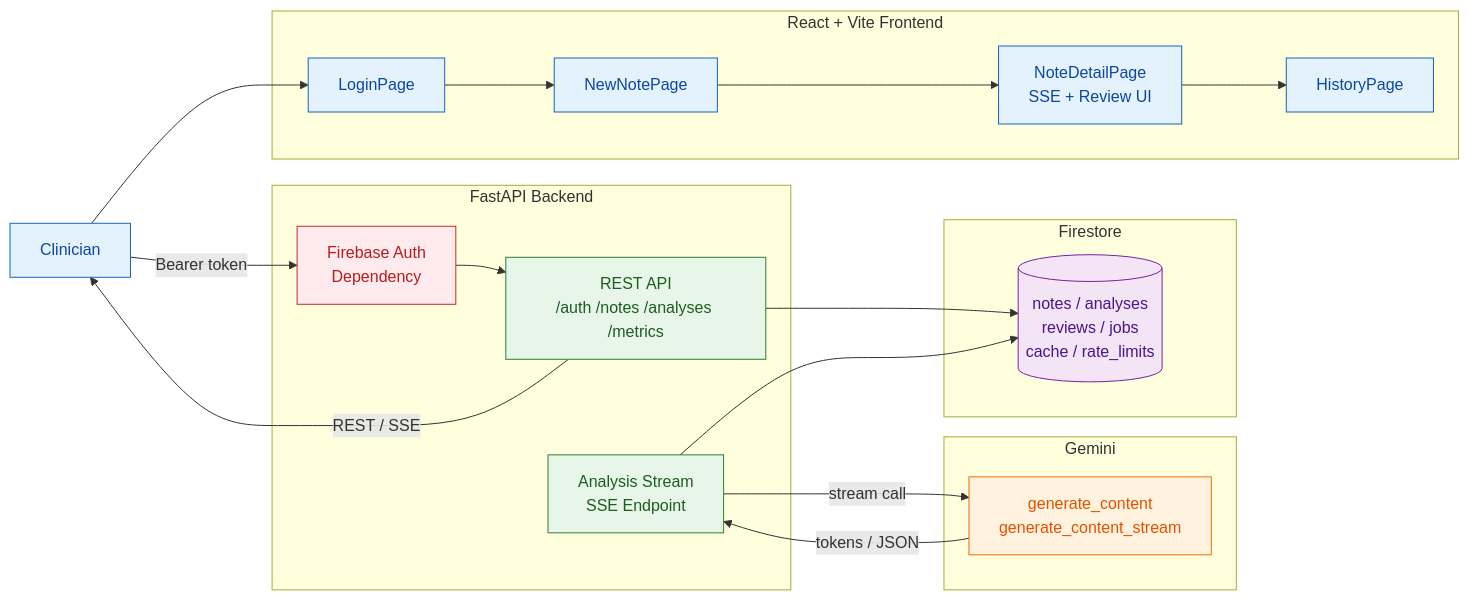
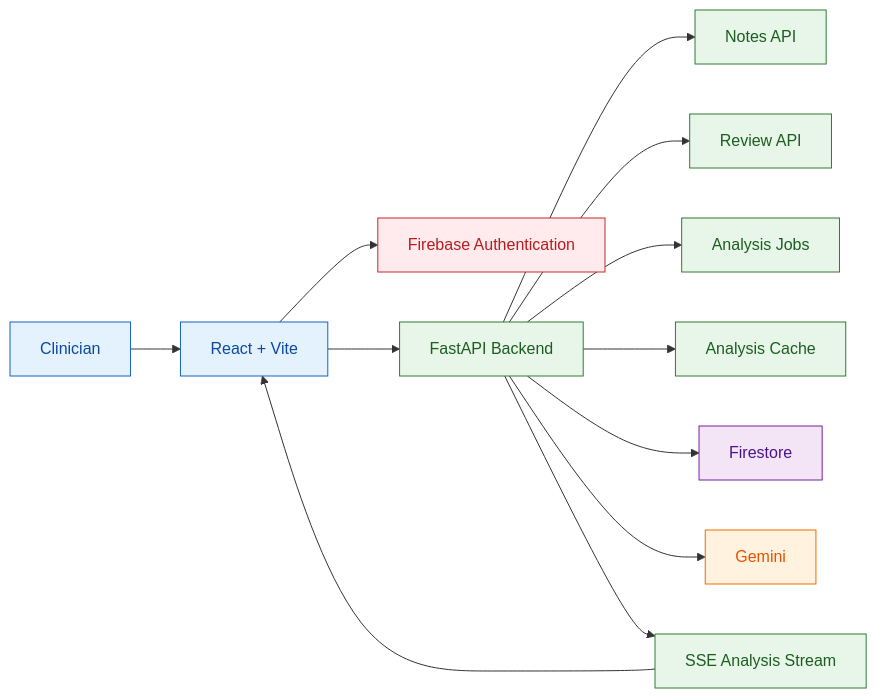
The first of 3 diagrams in README.md (ishreya-dev/NoteInsight), drawn with Mermaid before and after one commit. The commit also changed 4 other files, not shown here.

Commit message:
Fix CI dependencies and README diagrams

````diff
--- a/README.md
+++ b/README.md
@@ -36,47 +36,32 @@
 ```mermaid
 flowchart LR
     classDef frontend fill:#e3f2fd,stroke:#1565c0,color:#0d47a1
     classDef backend fill:#e8f5e9,stroke:#2e7d32,color:#1b5e20
     classDef ai fill:#fff3e0,stroke:#ef6c00,color:#e65100
     classDef db fill:#f3e5f5,stroke:#7b1fa2,color:#4a148c
     classDef security fill:#ffebee,stroke:#c62828,color:#b71c1c
 
-    user[Clinician]:::frontend
+    User["Clinician"]:::frontend
+    Frontend["React + Vite"]:::frontend
+    Auth["Firebase Authentication"]:::security
+    API["FastAPI Backend"]:::backend
+    Notes["Notes API"]:::backend
+    Reviews["Review API"]:::backend
+    Jobs["Analysis Jobs"]:::backend
+    Cache["Analysis Cache"]:::backend
+    Firestore["Firestore"]:::db
+    Gemini["Gemini"]:::ai
+    SSE["SSE Analysis Stream"]:::backend
 
-    subgraph Frontend [React + Vite Frontend]
-        login[LoginPage]:::frontend
-        newnote[NewNotePage]:::frontend
-        detail[NoteDetailPage<br/>SSE + Review UI]:::frontend
-        history[HistoryPage]:::frontend
-    end
-
-    subgraph Backend [FastAPI Backend]
-        api[REST API<br/>/auth /notes /analyses /metrics]:::backend
-        sse[Analysis Stream<br/>SSE Endpoint]:::backend
-        authdep[Firebase Auth<br/>Dependency]:::security
-    end
-
-    subgraph Data [Firestore]
-        firestore[(notes / analyses<br/>reviews / jobs<br/>cache / rate_limits)]:::db
-    end
-
-    subgraph AI [Gemini]
-        gemini[generate_content<br/>generate_content_stream]:::ai
-    end
-
-    user --> login
-    login --> newnote
-    newnote --> detail
-    detail --> history
-
-    user -- Bearer token --> authdep
-    authdep --> api
-
-    api --> firestore
-    sse --> firestore
-
-    api -- REST / SSE --> user
-
-    sse -- stream call --> gemini
-    gemini -- tokens / JSON --> sse
+    User --> Frontend
+    Frontend --> Auth
+    Frontend --> API
+    API --> Notes
+    API --> Reviews
+    API --> Jobs
+    API --> Cache
+    API --> Firestore
+    API --> Gemini
+    API --> SSE
+    SSE --> Frontend
 ```
````
